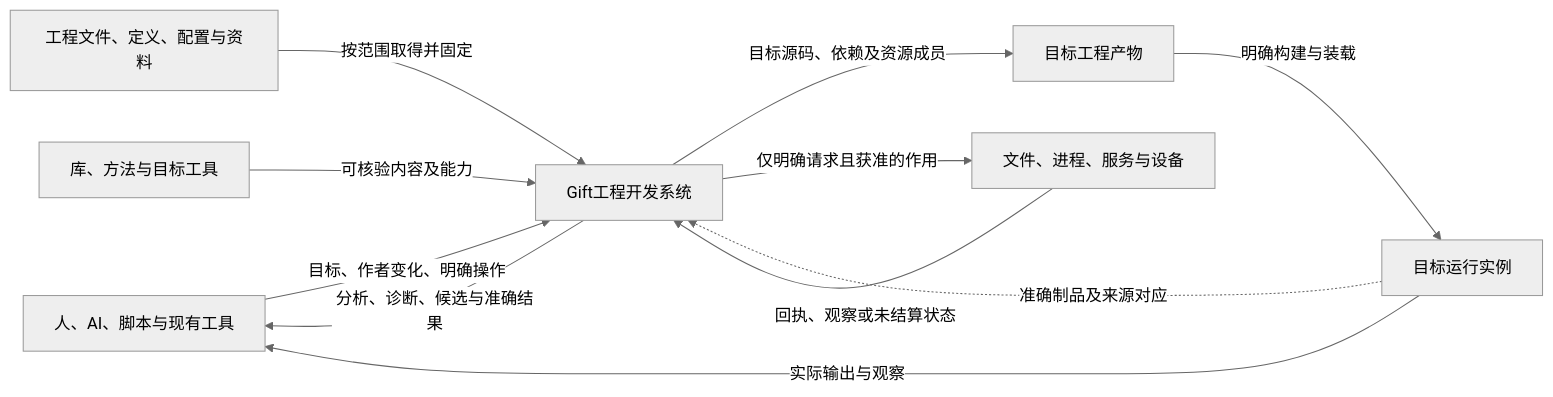
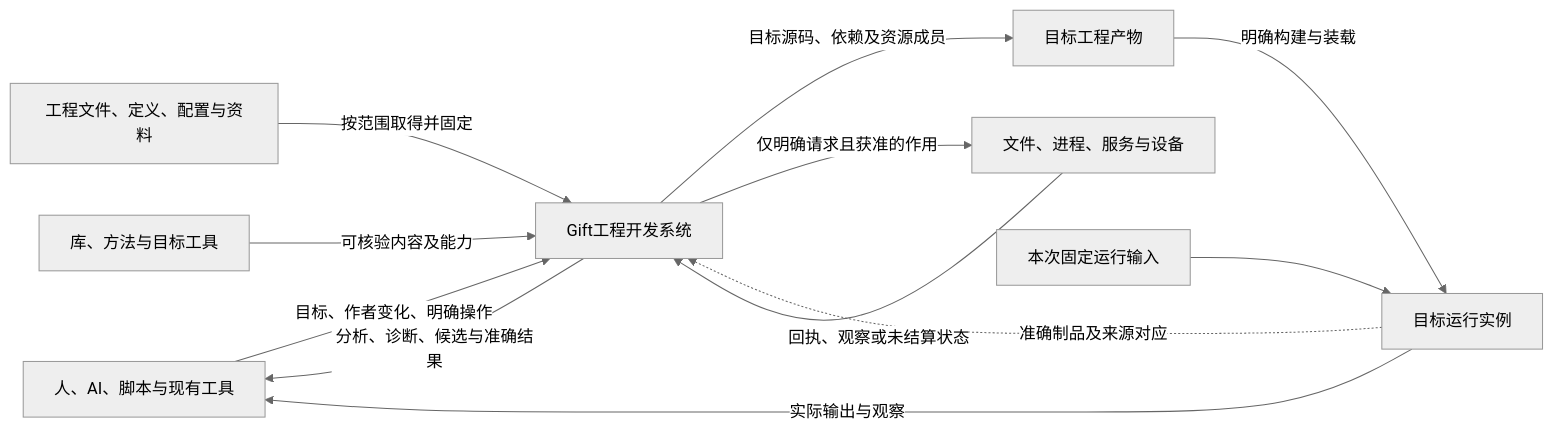
One commit to sec-platform/sec changed the first of 2 diagrams in docs/架构/总体设计.md. Above: the diagram before and after it, drawn with Mermaid (neutral theme). The commit also changed other lines of this file and 122 other files, not shown here.

First line of the commit message:
docs: unify system diagrams and remove redundant design text (#882)

````diff
--- a/docs/架构/总体设计.md
+++ b/docs/架构/总体设计.md
@@ -28,13 +28,14 @@
 ```mermaid
 flowchart LR
   Client["人、AI、脚本与现有工具"] -->|目标、作者变化、明确操作| Gift["Gift工程开发系统"]
   Sources["工程文件、定义、配置与资料"] -->|按范围取得并固定| Gift
   Supply["库、方法与目标工具"] -->|可核验内容及能力| Gift
   Gift -->|分析、诊断、候选与准确结果| Client
   Gift -->|目标源码、依赖及资源成员| Product["目标工程产物"]
   Gift -->|仅明确请求且获准的作用| Host["文件、进程、服务与设备"]
   Host -->|回执、观察或未结算状态| Gift
   Product -->|明确构建与装载| Target["目标运行实例"]
+  RuntimeInput["本次固定运行输入"] --> Target
   Target -->|实际输出与观察| Client
   Target -. "准确制品及来源对应" .-> Gift
 ```
````
